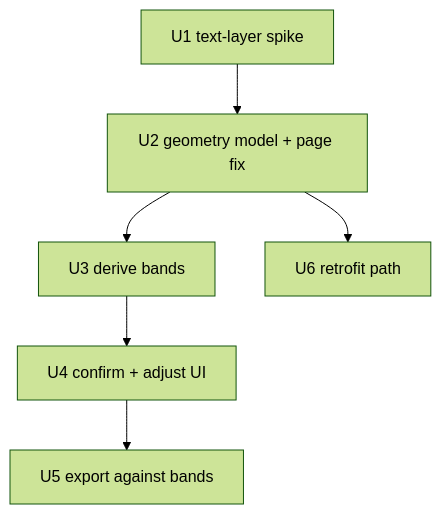
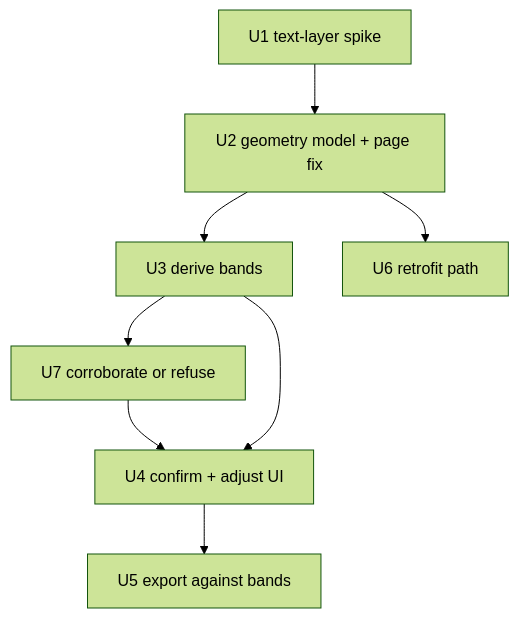
The diagram in docs/plans/2026-07-22-001-feat-faithful-pdf-round-trip-plan.md (AWyborn2/SPROUTFormsAi), drawn with Mermaid (forest theme) before and after one commit. The commit also changed other lines of this file and 2 other files, not shown here.

````diff
--- a/docs/plans/2026-07-22-001-feat-faithful-pdf-round-trip-plan.md
+++ b/docs/plans/2026-07-22-001-feat-faithful-pdf-round-trip-plan.md
@@ -154,8 +160,10 @@
 ```mermaid
 flowchart TB
   U1["U1 text-layer spike"] --> U2["U2 geometry model + page fix"]
   U2 --> U3["U3 derive bands"]
+  U3 --> U7["U7 corroborate or refuse"]
+  U7 --> U4
   U2 --> U6["U6 retrofit path"]
   U3 --> U4["U4 confirm + adjust UI"]
   U4 --> U5["U5 export against bands"]
 ```
````
